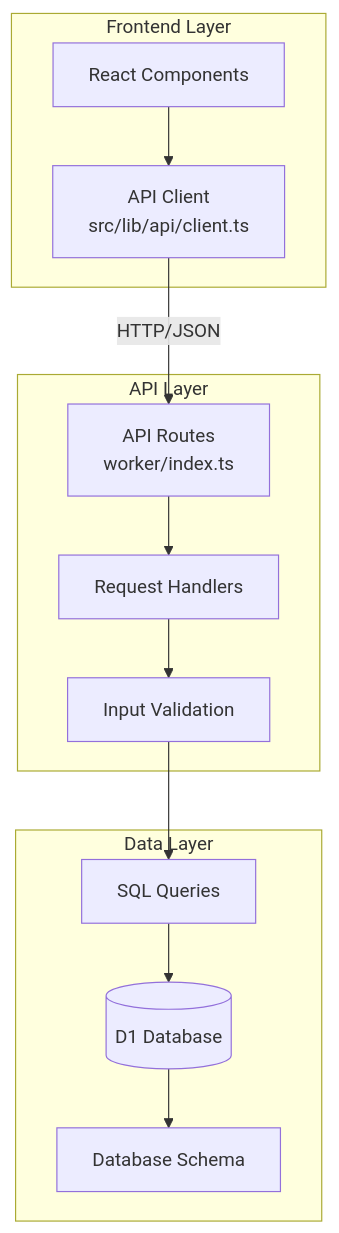
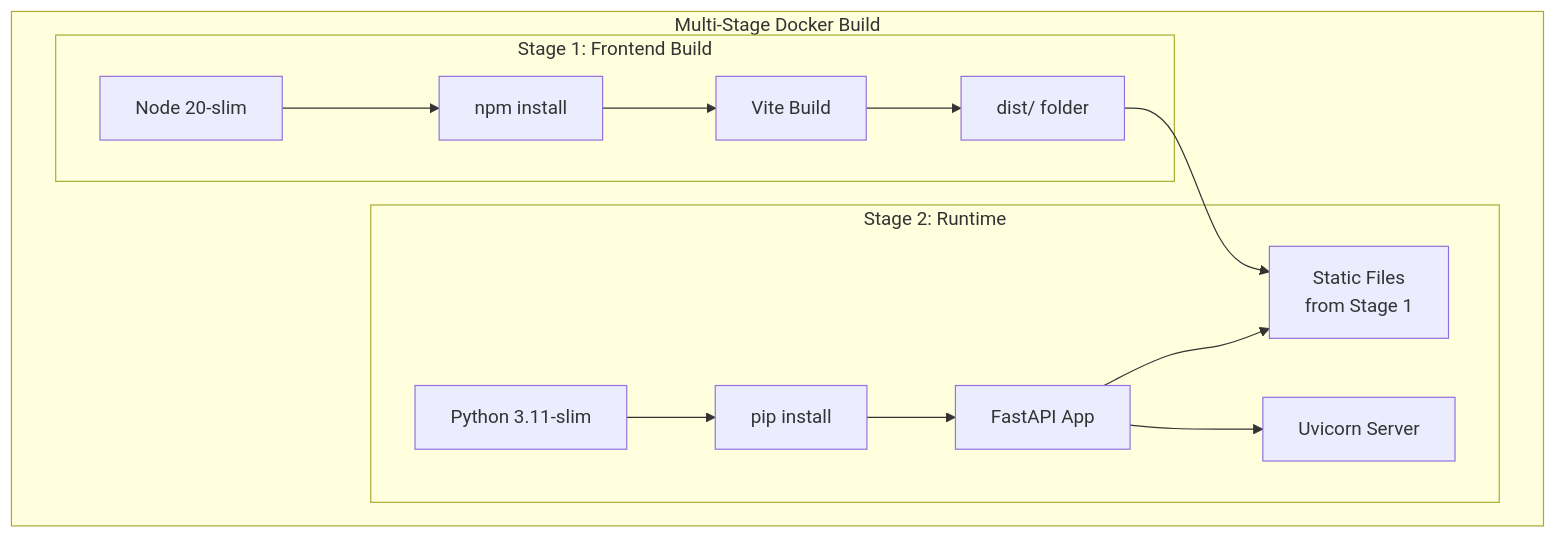
The fourth of 10 diagrams in .project/guidelines/core/architecture-diagrams.md (emily-flambe/web-app-starter-pack-gcp), drawn with Mermaid before and after one commit. The commit also changed other lines of this file and 37 other files, not shown here.

First line of the commit message:
Add Google Cloud Run deployment with FastAPI + React starter (#5)

````diff
--- a/.project/guidelines/core/architecture-diagrams.md
+++ b/.project/guidelines/core/architecture-diagrams.md
@@ -109,27 +97,28 @@
 ```mermaid
 graph TB
-    subgraph "Frontend Layer"
-        UI[React Components]
-        Client[API Client<br/>src/lib/api/client.ts]
+    subgraph "Multi-Stage Docker Build"
+        subgraph "Stage 1: Frontend Build"
+            Node[Node 20-slim]
+            NPM[npm install]
+            ViteBuild[Vite Build]
+            Dist[dist/ folder]
+        end
+        
+        subgraph "Stage 2: Runtime"
+            Python[Python 3.11-slim]
+            Pip[pip install]
+            FastAPI[FastAPI App]
+            StaticFiles[Static Files<br/>from Stage 1]
+            Uvicorn[Uvicorn Server]
+        end
     end
     
-    subgraph "API Layer"
-        Routes[API Routes<br/>worker/index.ts]
-        Handlers[Request Handlers]
-        Validation[Input Validation]
-    end
-    
-    subgraph "Data Layer"
-        SQL[SQL Queries]
-        D1[(D1 Database)]
-        Schema[Database Schema]
-    end
-    
-    UI --> Client
-    Client -->|HTTP/JSON| Routes
-    Routes --> Handlers
-    Handlers --> Validation
-    Validation --> SQL
-    SQL --> D1
-    D1 --> Schema
+    Node --> NPM
+    NPM --> ViteBuild
+    ViteBuild --> Dist
+    Dist --> StaticFiles
+    Python --> Pip
+    Pip --> FastAPI
+    FastAPI --> StaticFiles
+    FastAPI --> Uvicorn
 ```
````
